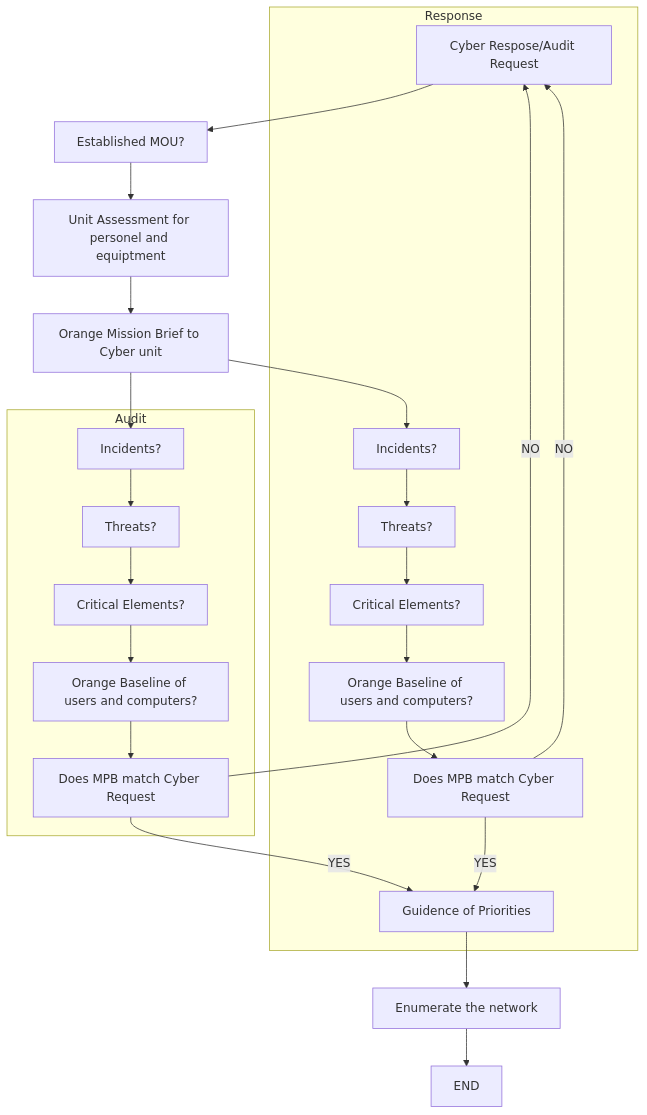
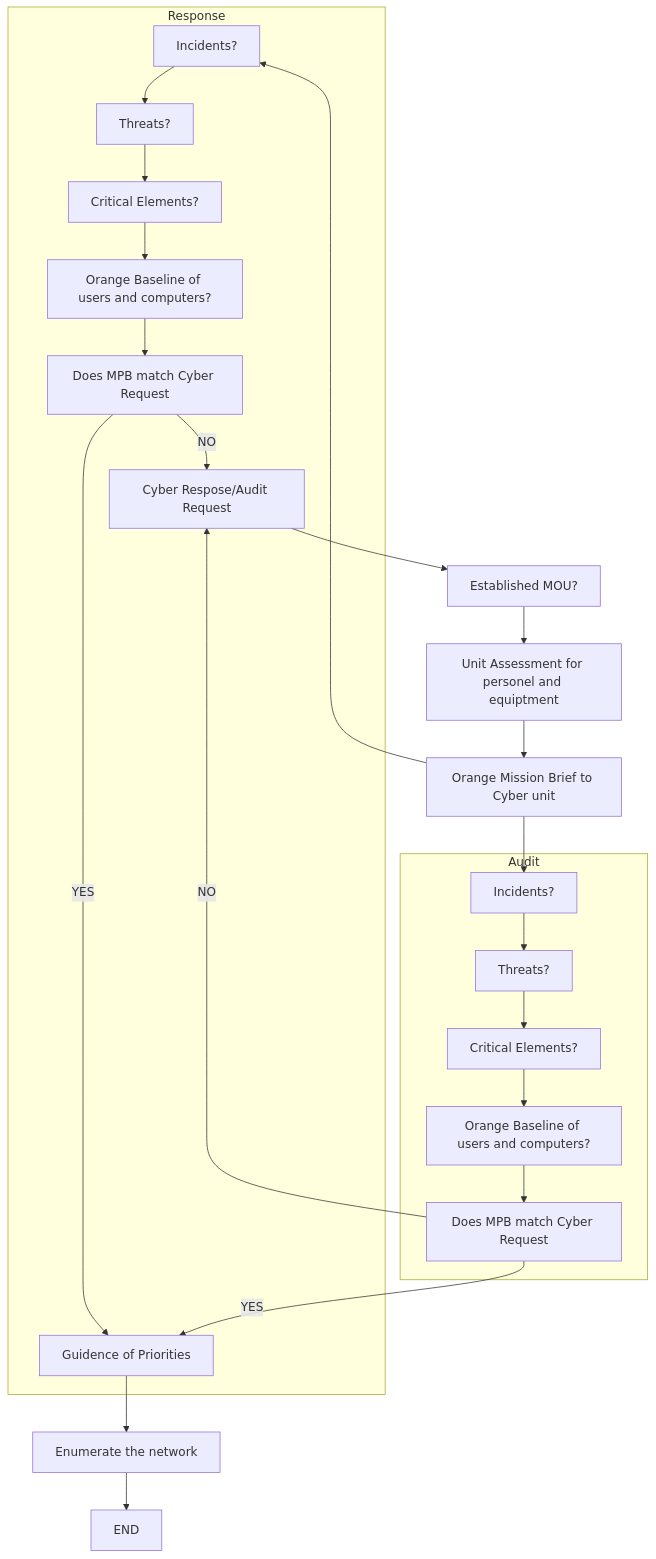
The diagram in flow.md (huntmckay/cyberflow), drawn with Mermaid before and after one commit. The commit also changed other lines of this file, not shown here.

Commit message:
updates command flow

````diff
--- a/flow.md
+++ b/flow.md
@@ -1,34 +1,34 @@
 ```mermaid
 ---
 Title: Command planning phase
 ---
 flowchart TD
-    A[Cyber Respose/Audit Request] --> B[Established MOU?]
-    B --> C[Unit Assessment for personel and equiptment]
-    C --> D[Orange Mission Brief to Cyber unit]
-    D --> a1
-    D --> r1
-    H[Guidence of Priorities]
-    H --> I[Enumerate the network]
-    I --> J[END]
-
     subgraph Response
     r1[Incidents?] --> r2
     r2[Threats?] --> r3
     r3[Critical Elements?] --> r4
     r4[Orange Baseline of users and computers?] --> r5
     r5[Does MPB match Cyber Request]
     r5 --> |NO| A
     r5 --> |YES| H
     end
 
     subgraph Audit
     a1[Incidents?] --> a2
     a2[Threats?] --> a3
     a3[Critical Elements?] --> a4
     a4[Orange Baseline of users and computers?] --> a5
     a5[Does MPB match Cyber Request]
     a5 --> |NO| A
     a5 --> |YES| H
     end
+
+    A[Cyber Respose/Audit Request] --> B[Established MOU?]
+    B --> C[Unit Assessment for personel and equiptment]
+    C --> D[Orange Mission Brief to Cyber unit]
+    D --> a1
+    D --> r1
+    H[Guidence of Priorities]
+    H --> I[Enumerate the network]
+    I --> J[END]
 ```
````
